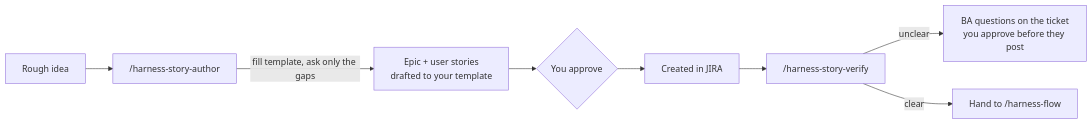
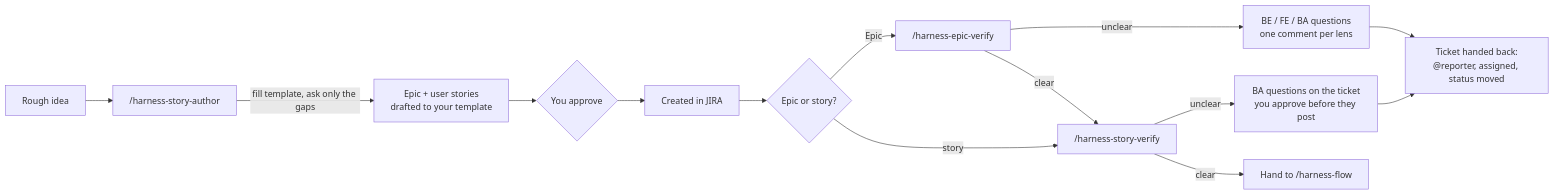
Before and after one commit to foden303/harness: the fourth of 4 diagrams in README.md, drawn with Mermaid. The commit also changed other lines of this file and 25 other files, not shown here.

Commit message:
feat: add harness-epic-verify and reporter handoff for story-verify

````diff
--- a/README.md
+++ b/README.md
@@ -170,10 +170,15 @@
 ```mermaid
 flowchart LR
     idea["Rough idea"] --> author["/harness-story-author"]
     author -->|"fill template, ask only the gaps"| draft["Epic + user stories<br/>drafted to your template"]
     draft --> approve1{"You approve"}
     approve1 --> created["Created in JIRA"]
-    created --> verify["/harness-story-verify"]
+    created --> kind{"Epic or story?"}
+    kind -->|"Epic"| everify["/harness-epic-verify"]
+    kind -->|"story"| verify["/harness-story-verify"]
+    everify -->|"unclear"| lq["BE / FE / BA questions<br/>one comment per lens"]
+    everify -->|"clear"| verify
     verify -->|"unclear"| q["BA questions on the ticket<br/>you approve before they post"]
+    lq & q --> handoff["Ticket handed back:<br/>@reporter, assigned, status moved"]
     verify -->|"clear"| build["Hand to /harness-flow"]
 ```
````
